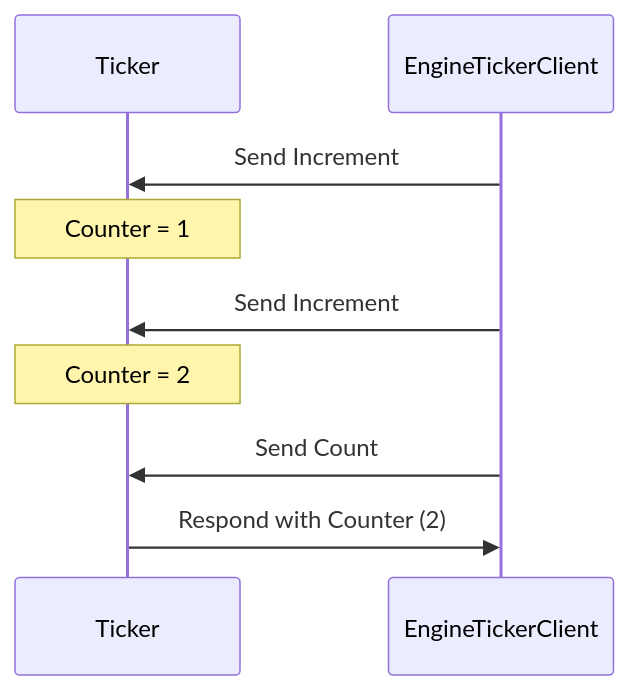
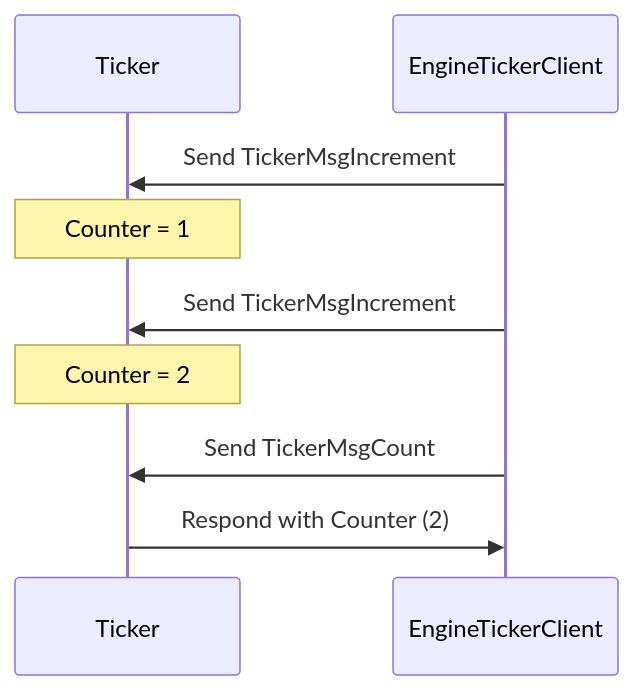
Before and after one commit to anoma/nspec: the diagram in docs/arch/node/engines/ticker_messages.juvix.md, drawn with Mermaid. The commit also changed other lines of this file and 24 other files, not shown here.

````diff
--- a/docs/arch/node/engines/ticker_messages.juvix.md
+++ b/docs/arch/node/engines/ticker_messages.juvix.md
@@ -71,14 +56,14 @@
 ```mermaid
 sequenceDiagram
     participant Ticker
     participant EngineTickerClient
 
-    EngineTickerClient ->> Ticker: Send Increment
+    EngineTickerClient ->> Ticker: Send TickerMsgIncrement
     Note over Ticker: Counter = 1
 
-    EngineTickerClient ->> Ticker: Send Increment
+    EngineTickerClient ->> Ticker: Send TickerMsgIncrement
     Note over Ticker: Counter = 2
 
-    EngineTickerClient ->> Ticker: Send Count
+    EngineTickerClient ->> Ticker: Send TickerMsgCount
     Ticker ->> EngineTickerClient: Respond with Counter (2)
 ```
````
